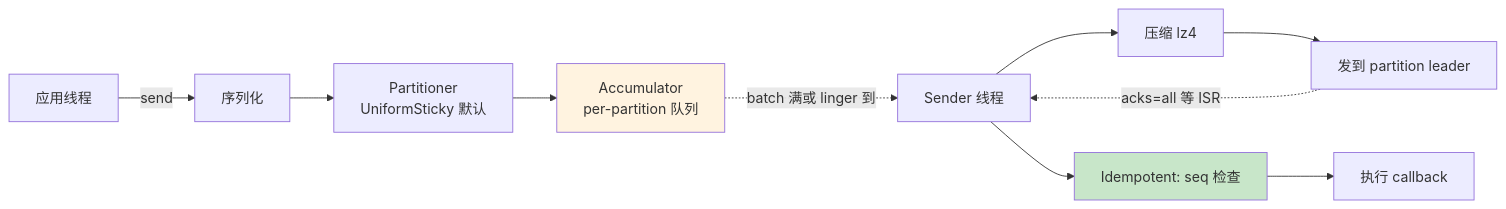
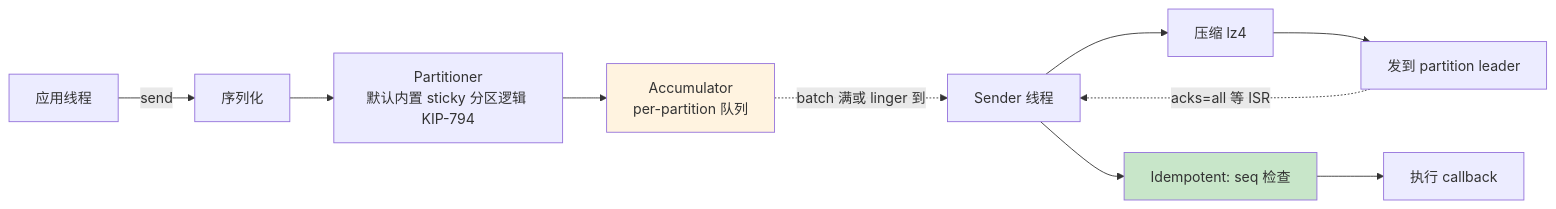
Before and after one commit to Kirby980/backend-handbook: the second of 2 diagrams in kafka/03-精通-Producer.md, drawn with Mermaid. The commit also changed other lines of this file and 135 other files, not shown here.

````diff
--- a/kafka/03-精通-Producer.md
+++ b/kafka/03-精通-Producer.md
@@ -606,15 +606,15 @@
 ```mermaid
 flowchart LR
     App[应用线程] -->|send| Ser[序列化]
-    Ser --> Part[Partitioner<br>UniformSticky 默认]
+    Ser --> Part[Partitioner<br>默认内置 sticky 分区逻辑 KIP-794]
     Part --> Acc[Accumulator<br>per-partition 队列]
     Acc -.->|batch 满或 linger 到| Sender[Sender 线程]
     Sender --> Comp[压缩 lz4]
     Comp --> Broker[发到 partition leader]
     Broker -.->|acks=all 等 ISR| Sender
     Sender --> Idem["Idempotent: seq 检查"]
     Idem --> CB[执行 callback]
 
     style Acc fill:#fff3e0
     style Idem fill:#c8e6c9
 ```
````
